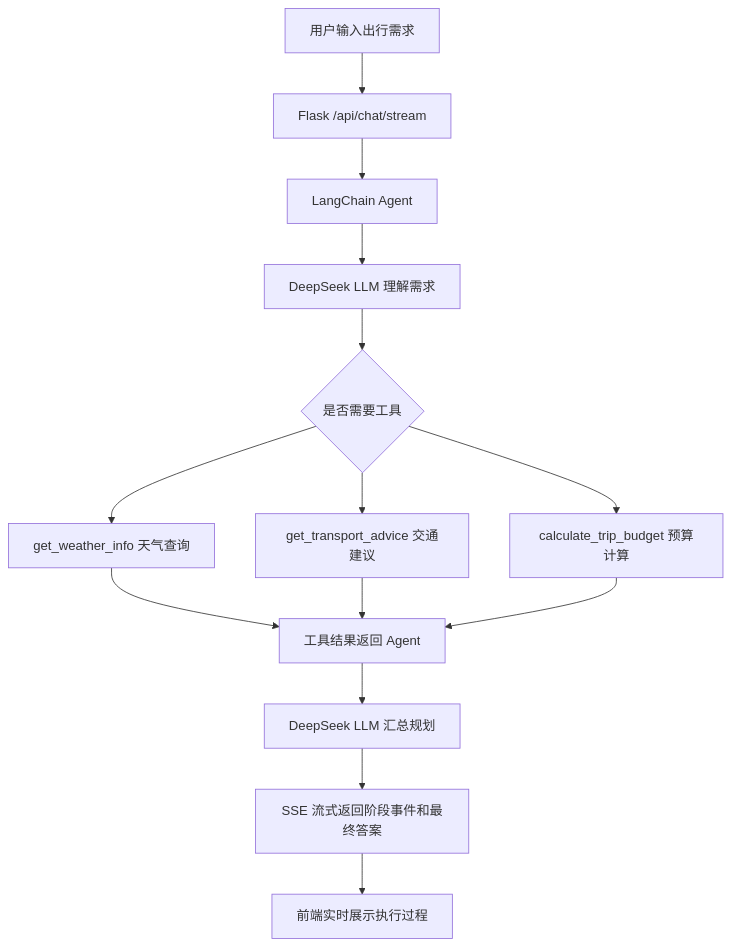
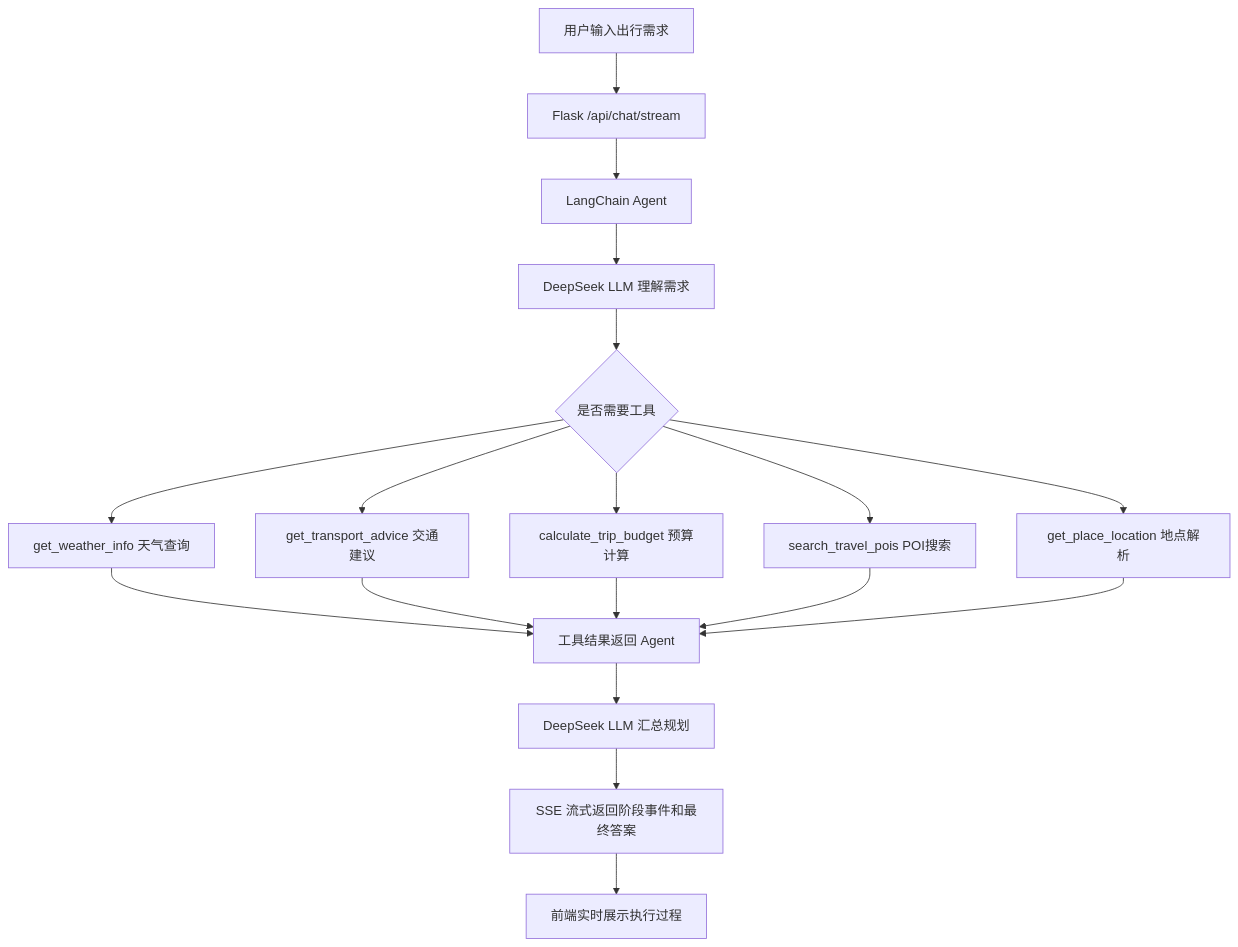
The diagram in README.md (WuYe3790/Touring-Advice-agent), drawn with Mermaid before and after one commit. The commit also changed other lines of this file and 6 other files, not shown here.

Commit message:
phase3:接入和风天气与高德地图api

````diff
--- a/README.md
+++ b/README.md
@@ -186,16 +189,20 @@
 ```mermaid
 flowchart TD
     A["用户输入出行需求"] --> B["Flask /api/chat/stream"]
     B --> C["LangChain Agent"]
     C --> D["DeepSeek LLM 理解需求"]
     D --> E{"是否需要工具"}
     E --> F["get_weather_info 天气查询"]
     E --> G["get_transport_advice 交通建议"]
     E --> H["calculate_trip_budget 预算计算"]
+    E --> M["search_travel_pois POI搜索"]
+    E --> N["get_place_location 地点解析"]
     F --> I["工具结果返回 Agent"]
     G --> I
     H --> I
+    M --> I
+    N --> I
     I --> J["DeepSeek LLM 汇总规划"]
     J --> K["SSE 流式返回阶段事件和最终答案"]
     K --> L["前端实时展示执行过程"]
 ```
````
